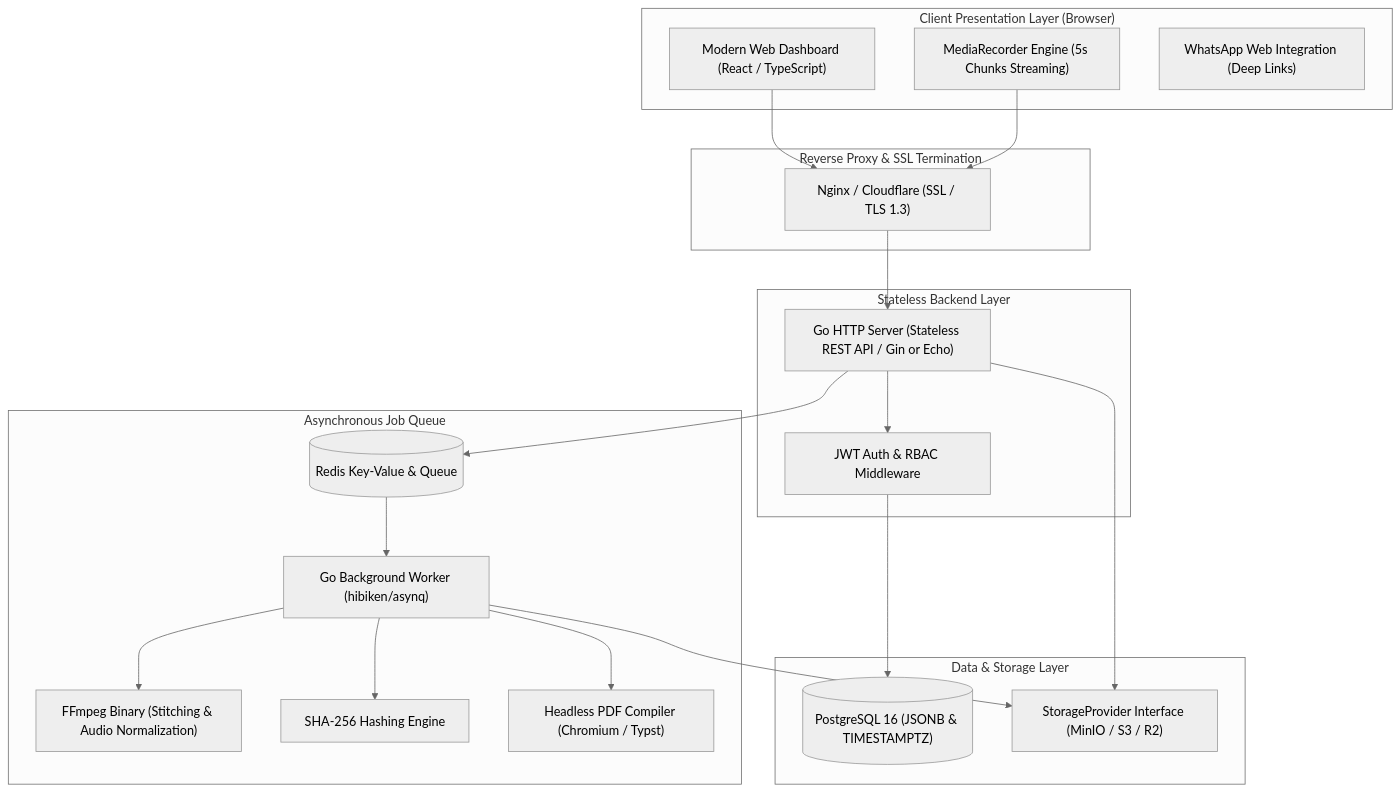
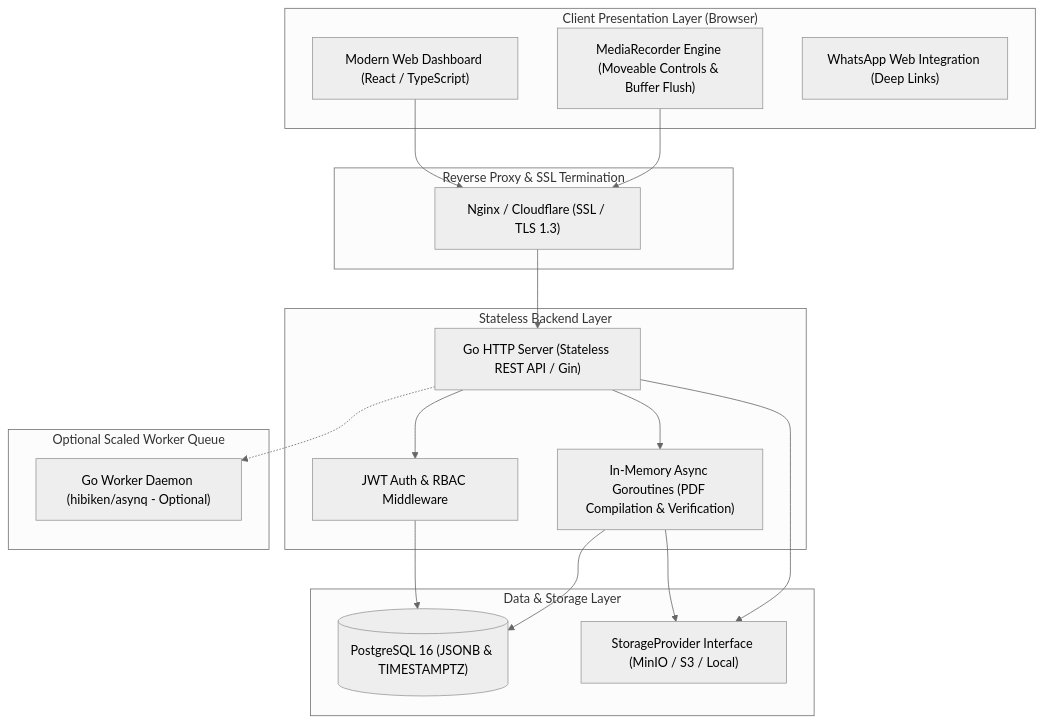
Before and after one commit to RajThak-998/claimverificationdossierintelligencesystem: the second of 2 diagrams in obs/01_Executive_Overview_and_Domain.md, drawn with Mermaid (neutral theme). The commit also changed other lines of this file and 10 other files, not shown here.

````diff
--- a/obs/01_Executive_Overview_and_Domain.md
+++ b/obs/01_Executive_Overview_and_Domain.md
@@ -59,43 +59,38 @@
 ```mermaid
 flowchart TD
     subgraph ClientLayer ["Client Presentation Layer (Browser)"]
         UI["Modern Web Dashboard (React / TypeScript)"]
-        REC["MediaRecorder Engine (5s Chunks Streaming)"]
+        REC["MediaRecorder Engine (Moveable Controls & Buffer Flush)"]
         WA["WhatsApp Web Integration (Deep Links)"]
     end
 
     subgraph GatewayLayer ["Reverse Proxy & SSL Termination"]
         NGINX["Nginx / Cloudflare (SSL / TLS 1.3)"]
     end
 
     subgraph AppLayer ["Stateless Backend Layer"]
-        GO["Go HTTP Server (Stateless REST API / Gin or Echo)"]
+        GO["Go HTTP Server (Stateless REST API / Gin)"]
         AUTH["JWT Auth & RBAC Middleware"]
+        GOROUTINE["In-Memory Async Goroutines (PDF Compilation & Verification)"]
     end
 
-    subgraph AsyncLayer ["Asynchronous Job Queue"]
-        REDIS[("Redis Key-Value & Queue")]
-        WORKER["Go Background Worker (hibiken/asynq)"]
-        FFMPEG["FFmpeg Binary (Stitching & Audio Normalization)"]
-        HASHER["SHA-256 Hashing Engine"]
-        PDFENG["Headless PDF Compiler (Chromium / Typst)"]
+    subgraph OptionalWorkerLayer ["Optional Scaled Worker Queue"]
+        WORKER["Go Worker Daemon (hibiken/asynq - Optional)"]
     end
 
     subgraph DataStorageLayer ["Data & Storage Layer"]
         PG[("PostgreSQL 16 (JSONB & TIMESTAMPTZ)")]
-        STORAGE["StorageProvider Interface (MinIO / S3 / R2)"]
+        STORAGE["StorageProvider Interface (MinIO / S3 / Local)"]
     end
 
     UI --> NGINX
     REC --> NGINX
     NGINX --> GO
     GO --> AUTH
     AUTH --> PG
-    GO --> REDIS
-    REDIS --> WORKER
-    WORKER --> FFMPEG
-    WORKER --> HASHER
-    WORKER --> PDFENG
-    WORKER --> STORAGE
+    GO --> GOROUTINE
+    GOROUTINE --> STORAGE
+    GOROUTINE --> PG
+    GO -.-> WORKER
     GO --> STORAGE
 ```
````
